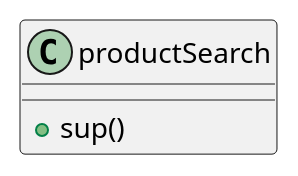
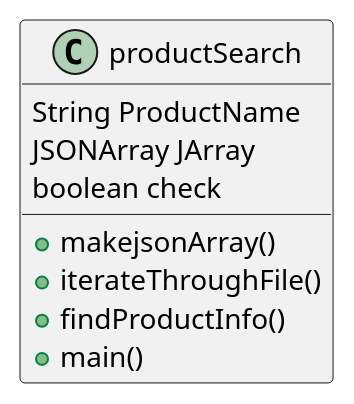
Before and after one commit to MohTaher108/taher-cop3330-assignment3: the diagram in docs/ex44.puml, drawn with PlantUML. The commit also changed 11 other files, not shown here.

```diff
--- a/docs/ex44.puml
+++ b/docs/ex44.puml
@@ -1,8 +1,14 @@
 @startuml
 'https://plantuml.com/class-diagram
 
 class productSearch {
-+ sup()
+String ProductName
+JSONArray JArray
+boolean check
++ makejsonArray()
++ iterateThroughFile()
++ findProductInfo()
++ main()
 }
 
 @enduml
```
